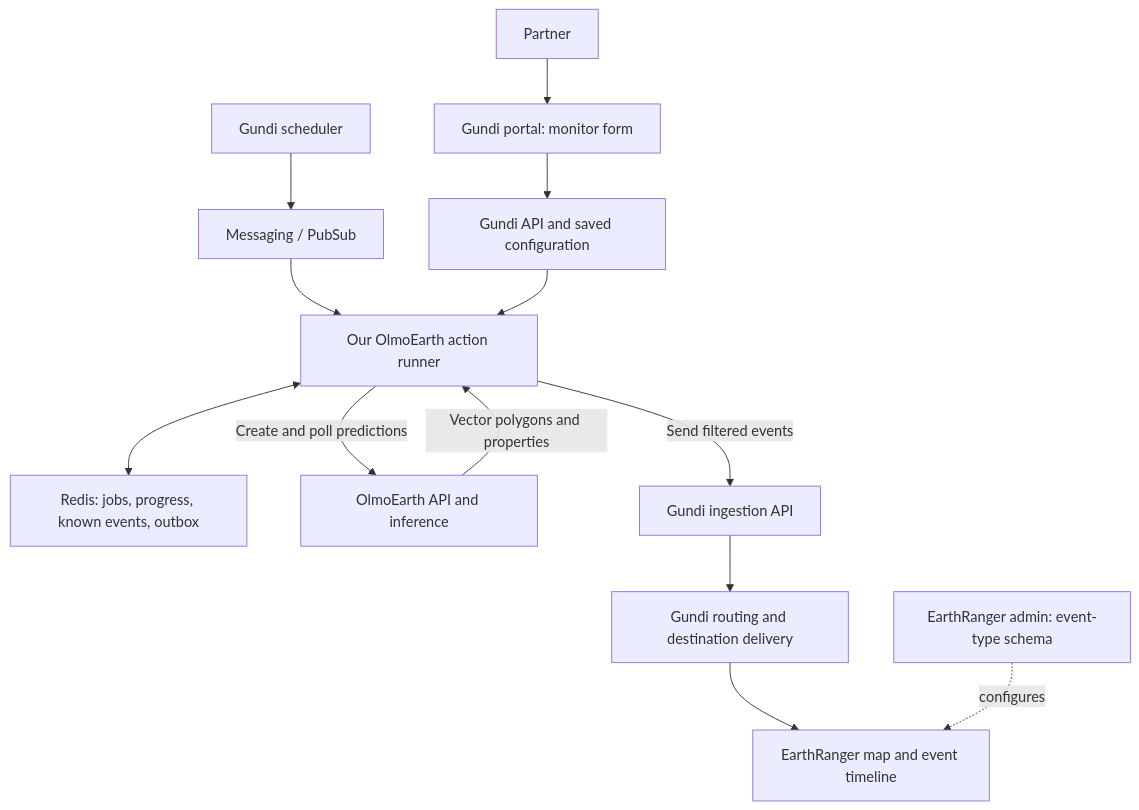
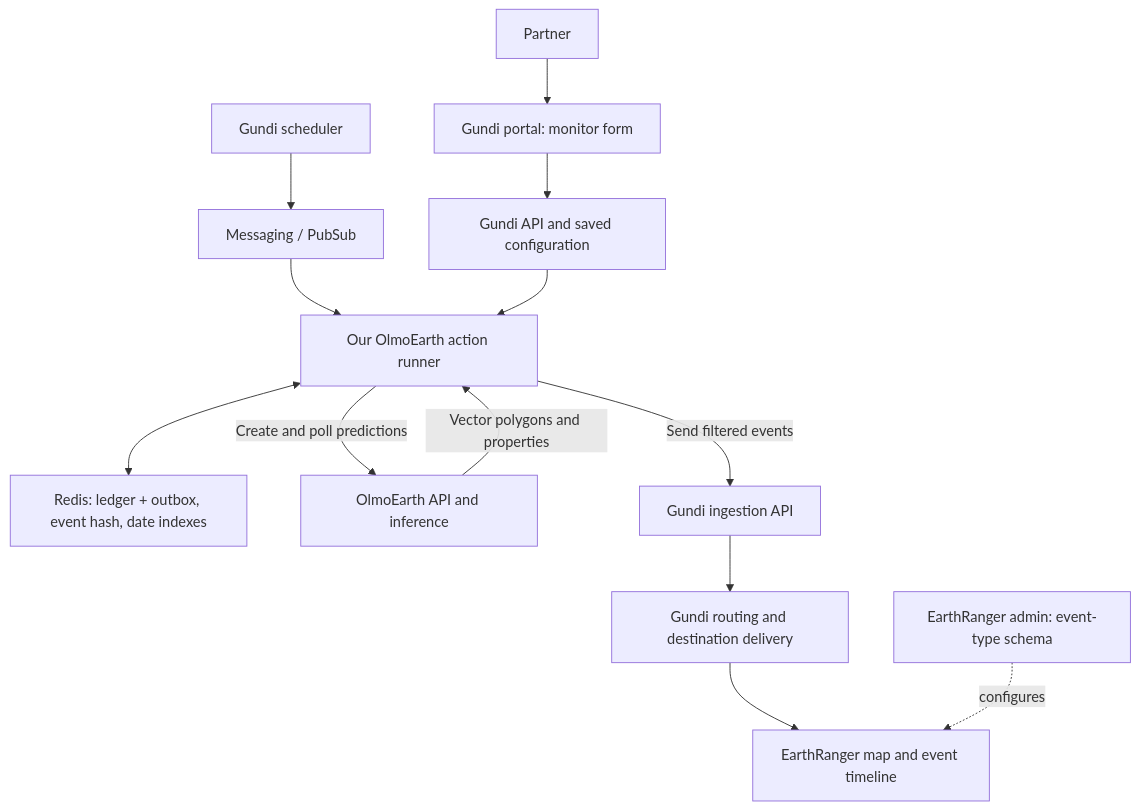
The diagram in docs/gundi-earthranger-workflow.md (PADAS/gundi-integration-olmoearth), drawn with Mermaid before and after one commit. The commit also changed 8 other files, not shown here.

````diff
--- a/docs/gundi-earthranger-workflow.md
+++ b/docs/gundi-earthranger-workflow.md
@@ -22,15 +22,15 @@
 ```mermaid
 flowchart TD
     Partner[Partner] --> Portal[Gundi portal: monitor form]
     Portal --> Config[Gundi API and saved configuration]
     Scheduler[Gundi scheduler] --> Messages[Messaging / PubSub]
     Messages --> Runner[Our OlmoEarth action runner]
     Config --> Runner
-    Runner <--> Redis[Redis: jobs, progress, known events, outbox]
+    Runner <--> Redis[Redis: ledger + outbox, event hash, date indexes]
     Runner -->|Create and poll predictions| OE[OlmoEarth API and inference]
     OE -->|Vector polygons and properties| Runner
     Runner -->|Send filtered events| Ingest[Gundi ingestion API]
     Ingest --> Route[Gundi routing and destination delivery]
     Route --> ER[EarthRanger map and event timeline]
     Admin[EarthRanger admin: event-type schema] -. configures .-> ER
 ```
````
